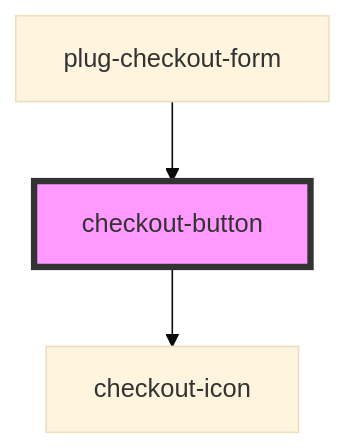
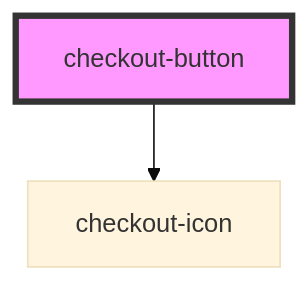
One commit to plughacker/malga-checkout changed the diagram in packages/common/src/components/checkout-button/readme.md. Above: the diagram before and after it, drawn with Mermaid (base theme). The commit also changed other lines of this file and 7 other files, not shown here.

Commit message:
feat(plug-checkout): improve project architecture

````diff
--- a/packages/common/src/components/checkout-button/readme.md
+++ b/packages/common/src/components/checkout-button/readme.md
@@ -41,6 +37,5 @@
 ```mermaid
 graph TD;
   checkout-button --> checkout-icon
-  plug-checkout-form --> checkout-button
   style checkout-button fill:#f9f,stroke:#333,stroke-width:4px
 ```
````
